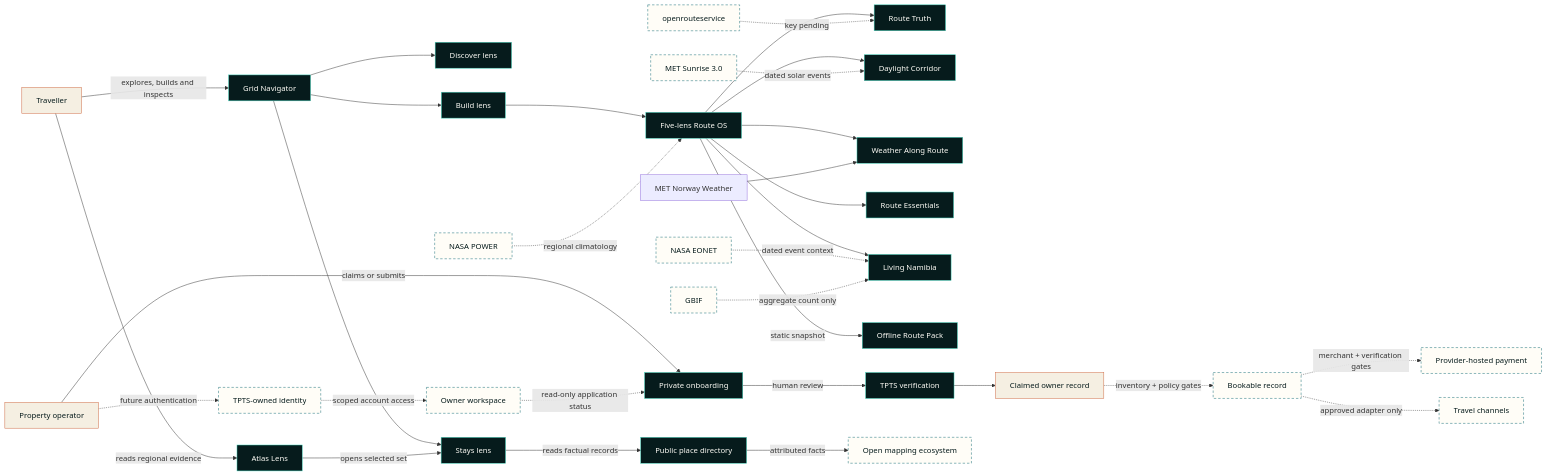
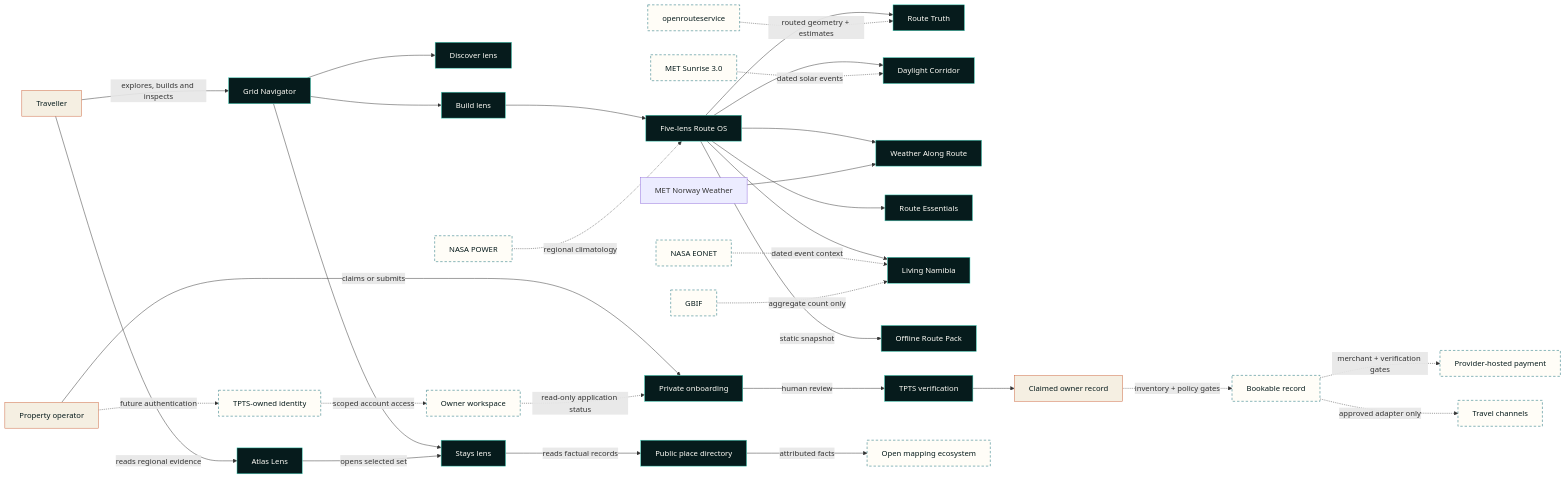
Before and after one commit to freeman-ipumbu/tpts-grid-case-study: the first of 2 diagrams in docs/architecture.md, drawn with Mermaid. The commit also changed other lines of this file and 2 other files, not shown here.

````diff
--- a/docs/architecture.md
+++ b/docs/architecture.md
@@ -37,40 +37,40 @@
 ```mermaid
 flowchart LR
     traveller[Traveller] -->|explores, builds and inspects| navigator[Grid Navigator]
     navigator --> discover[Discover lens]
     navigator --> build[Build lens]
     navigator --> stays[Stays lens]
     build --> routeOS[Five-lens Route OS]
     routeOS --> routeTruth[Route Truth]
     routeOS --> daylight[Daylight Corridor]
     routeOS --> routeWeather[Weather Along Route]
     routeOS --> essentials[Route Essentials]
     routeOS --> living[Living Namibia]
     routeOS -->|static snapshot| offline[Offline Route Pack]
     sunrise[MET Sunrise 3.0] -. dated solar events .-> daylight
     weather[MET Norway Weather] --> routeWeather
     power[NASA POWER] -. regional climatology .-> routeOS
     eonet[NASA EONET] -. dated event context .-> living
     gbif[GBIF] -. aggregate count only .-> living
-    ors[openrouteservice] -. key pending .-> routeTruth
+    ors[openrouteservice] -. routed geometry + estimates .-> routeTruth
     traveller -->|reads regional evidence| atlas[Atlas Lens]
     atlas -->|opens selected set| stays
     stays -->|reads factual records| directory[Public place directory]
     host[Property operator] -->|claims or submits| onboarding[Private onboarding]
     host -. future authentication .-> ownerIdentity[TPTS-owned identity]
     ownerIdentity -. scoped account access .-> workspace[Owner workspace]
     workspace -. read-only application status .-> onboarding
     onboarding -->|human review| ops[TPTS verification]
     directory -->|attributed facts| maps[Open mapping ecosystem]
     ops --> claimed[Claimed owner record]
     claimed -. inventory + policy gates .-> bookable[Bookable record]
     bookable -. merchant + verification gates .-> payment[Provider-hosted payment]
     bookable -. approved adapter only .-> channels[Travel channels]
 
     classDef core fill:#061b1c,stroke:#42d5bd,color:#fffdf7;
     classDef human fill:#f5efe2,stroke:#ce6842,color:#061b1c;
     classDef external fill:#fffdf7,stroke:#0d6872,color:#061b1c,stroke-dasharray:5 4;
     class navigator,discover,build,stays,routeOS,routeTruth,daylight,routeWeather,essentials,living,offline,atlas,directory,onboarding,ops core;
     class traveller,host,claimed human;
     class maps,ownerIdentity,workspace,bookable,payment,channels,sunrise,power,eonet,gbif,ors external;
 ```
````
